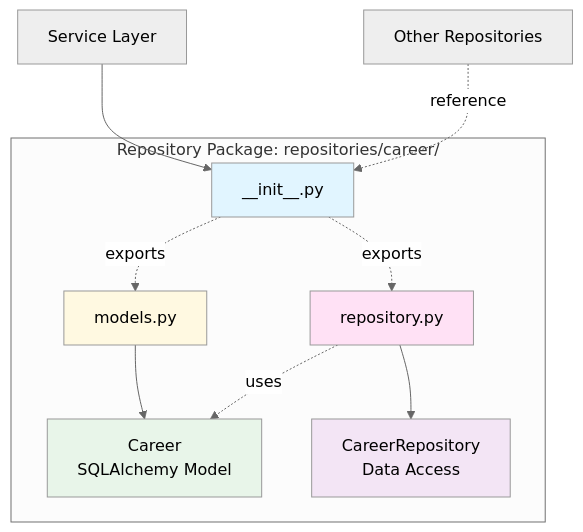
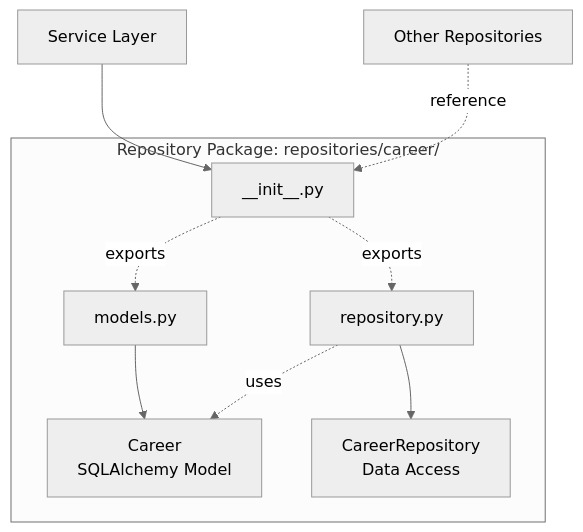
The sixth of 6 diagrams in docs/changes_from_restructure-fastapi-app_to_restructure-models.md (ELC/upskilling), drawn with Mermaid (neutral theme) before and after one commit. The commit also changed other lines of this file, not shown here.

````diff
--- a/docs/changes_from_restructure-fastapi-app_to_restructure-models.md
+++ b/docs/changes_from_restructure-fastapi-app_to_restructure-models.md
@@ -261,20 +241,14 @@
 ```mermaid
 graph TD
     subgraph "Repository Package: repositories/career/"
         A[__init__.py] -.exports.-> B[models.py]
         A -.exports.-> C[repository.py]
         
         B --> D[Career<br/>SQLAlchemy Model]
         C --> E[CareerRepository<br/>Data Access]
         C -.uses.-> D
     end
     
     F[Service Layer] --> A
     G[Other Repositories] -.reference.-> A
-    
-    style A fill:#e1f5ff
-    style B fill:#fff9e1
-    style C fill:#ffe1f5
-    style D fill:#e8f5e9
-    style E fill:#f3e5f5
 ```
````
